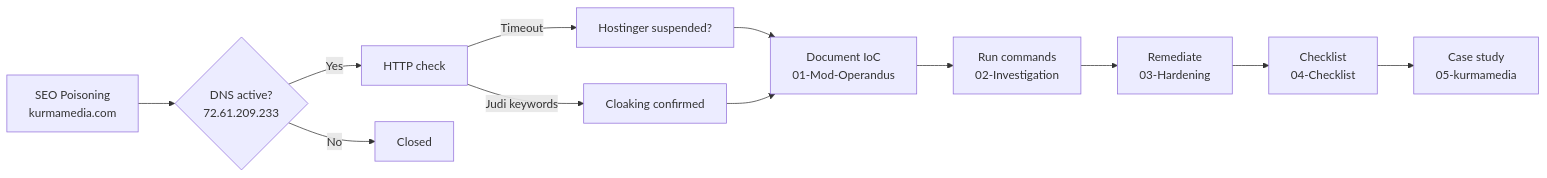
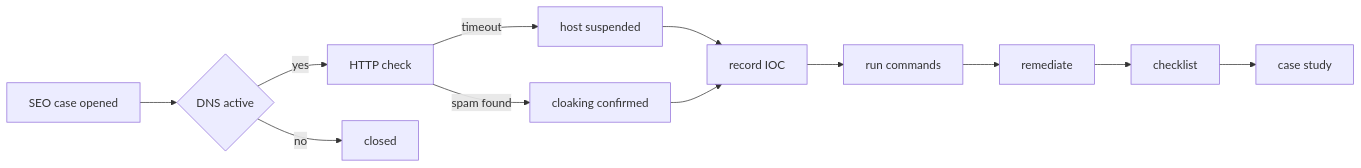
The tenth of 13 diagrams in Map of Content.md (444Nazky/My-Vault), drawn with Mermaid before and after one commit. The commit also changed other lines of this file and 8 other files, not shown here.

````diff
--- a/Map of Content.md
+++ b/Map of Content.md
@@ -224,14 +217,14 @@
 ```mermaid
 flowchart LR
-    A[SEO Poisoning<br/>kurmamedia.com] --> B{DNS active?<br/>72.61.209.233}
-    B -->|Yes| C[HTTP check]
-    B -->|No| D[Closed]
-    C -->|Timeout| E[Hostinger suspended?]
-    C -->|Judi keywords| F[Cloaking confirmed]
-    E --> G[Document IoC<br/>01-Mod-Operandus]
+    A["SEO case opened"] --> B{"DNS active"}
+    B -->|"yes"| C["HTTP check"]
+    B -->|"no"| D["closed"]
+    C -->|"timeout"| E["host suspended"]
+    C -->|"spam found"| F["cloaking confirmed"]
+    E --> G["record IOC"]
     F --> G
-    G --> H[Run commands<br/>02-Investigation]
-    H --> I[Remediate<br/>03-Hardening]
-    I --> J[Checklist<br/>04-Checklist]
-    J --> K[Case study<br/>05-kurmamedia]
+    G --> H["run commands"]
+    H --> I["remediate"]
+    I --> J["checklist"]
+    J --> K["case study"]
 ```
````
